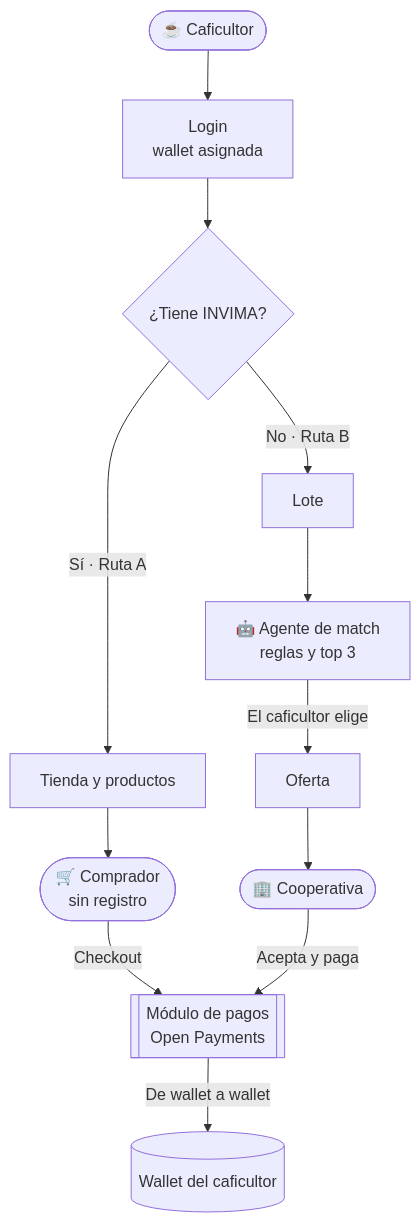
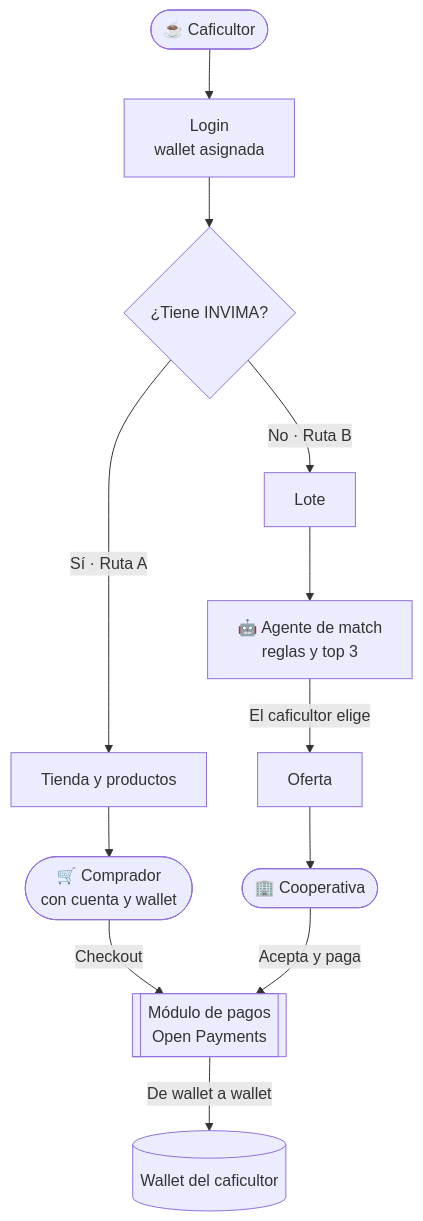
One commit to SalazarDukeImpactHub/terracierta-by-onyx changed the first of 2 diagrams in README.md. Above: the diagram before and after it, drawn with Mermaid. The commit also changed other lines of this file and 1 other file, not shown here.

Commit message:
docs: el comprador también inicia sesión (README, registro de IA y cambio de contrato)

````diff
--- a/README.md
+++ b/README.md
@@ -80,14 +81,14 @@
 ```mermaid
 flowchart TB
   F([☕ Caficultor]) --> L[Login<br/>wallet asignada]
   L --> Q{¿Tiene INVIMA?}
   Q -->|Sí · Ruta A| T[Tienda y productos]
-  T --> C([🛒 Comprador<br/>sin registro])
+  T --> C([🛒 Comprador<br/>con cuenta y wallet])
   C -->|Checkout| P[[Módulo de pagos<br/>Open Payments]]
   Q -->|No · Ruta B| LO[Lote]
   LO --> A[🤖 Agente de match<br/>reglas y top 3]
   A -->|El caficultor elige| O[Oferta]
   O --> K([🏢 Cooperativa])
   K -->|Acepta y paga| P
   P -->|De wallet a wallet| W[(Wallet del caficultor)]
 ```
````
